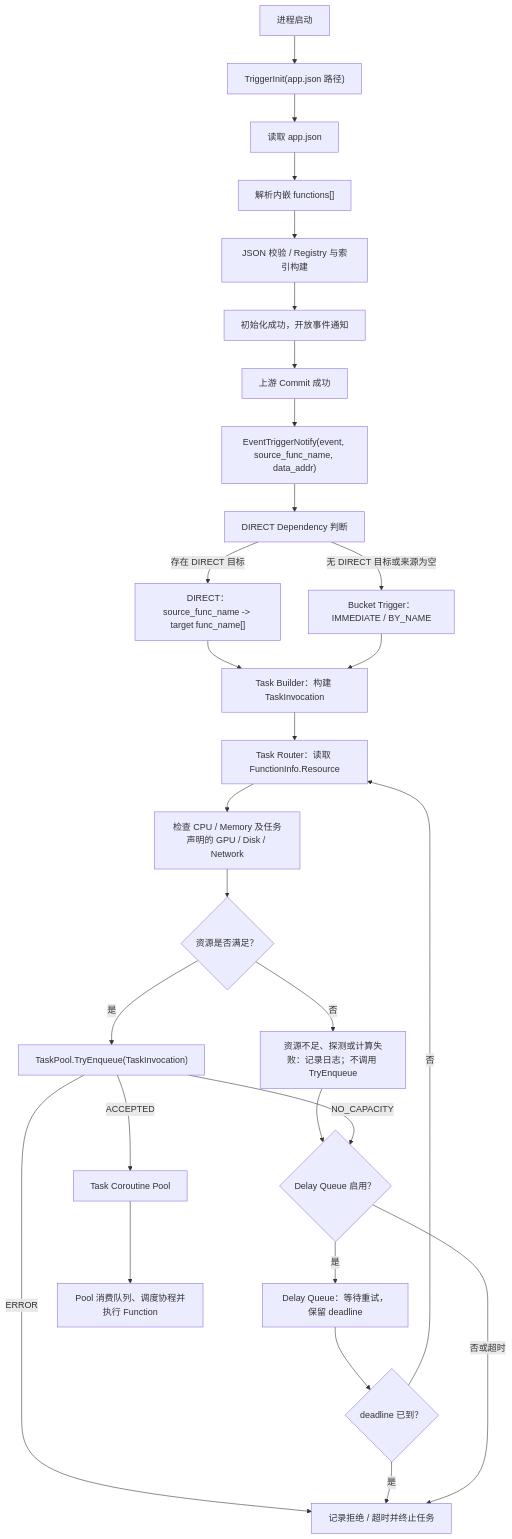
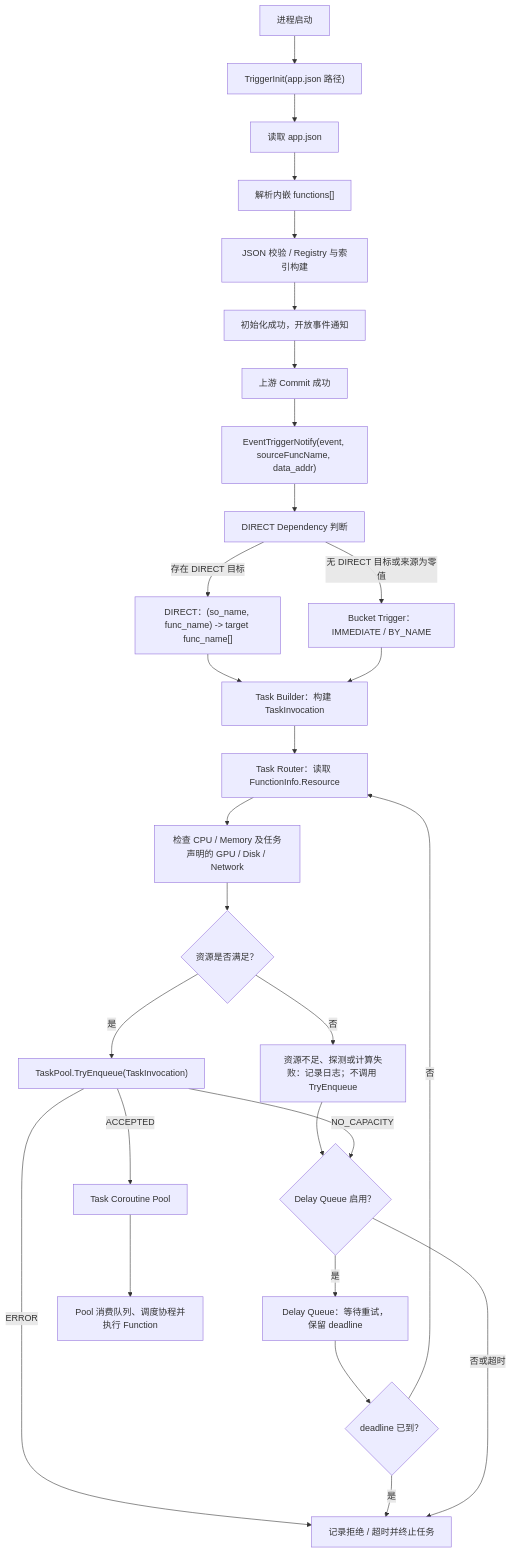
One commit to 10wvw01/Pheromone-mini changed the first of 7 diagrams in docs/DESIGN.md. Above: the diagram before and after it, drawn with Mermaid. The commit also changed other lines of this file and 11 other files, not shown here.

Commit message:
Match DIRECT dependencies by source library and function

```diff
--- a/docs/DESIGN.md
+++ b/docs/DESIGN.md
@@ -84,30 +84,30 @@
 ~~~mermaid
 flowchart TD
     A["进程启动"] --> B["TriggerInit(app.json 路径)"]
     B --> C["读取 app.json"]
     C --> D["解析内嵌 functions[]"]
     D --> E["JSON 校验 / Registry 与索引构建"]
     E --> F["初始化成功，开放事件通知"]
     F --> G["上游 Commit 成功"]
-    G --> H["EventTriggerNotify(event, source_func_name, data_addr)"]
+    G --> H["EventTriggerNotify(event, sourceFuncName, data_addr)"]
     H --> I["DIRECT Dependency 判断"]
-    I -->|存在 DIRECT 目标| J["DIRECT：source_func_name -> target func_name[]"]
-    I -->|无 DIRECT 目标或来源为空| K["Bucket Trigger：IMMEDIATE / BY_NAME"]
+    I -->|存在 DIRECT 目标| J["DIRECT：(so_name, func_name) -> target func_name[]"]
+    I -->|无 DIRECT 目标或来源为零值| K["Bucket Trigger：IMMEDIATE / BY_NAME"]
     J --> L["Task Builder：构建 TaskInvocation"]
     K --> L
     L --> M["Task Router：读取 FunctionInfo.Resource"]
     M --> N["检查 CPU / Memory 及任务声明的 GPU / Disk / Network"]
     N --> O{"资源是否满足？"}
     O -->|否| P["资源不足、探测或计算失败：记录日志；不调用 TryEnqueue"]
     O -->|是| Q["TaskPool.TryEnqueue(TaskInvocation)"]
     Q -->|ERROR| U
     Q -->|ACCEPTED| R["Task Coroutine Pool"]
     P --> S
     Q -->|NO_CAPACITY| S{"Delay Queue 启用？"}
     S -->|是| T["Delay Queue：等待重试，保留 deadline"]
     T --> W{"deadline 已到？"}
     W -->|否| M
     W -->|是| U
     S -->|否或超时| U["记录拒绝 / 超时并终止任务"]
     R --> V["Pool 消费队列、调度协程并执行 Function"]
 ~~~
```
